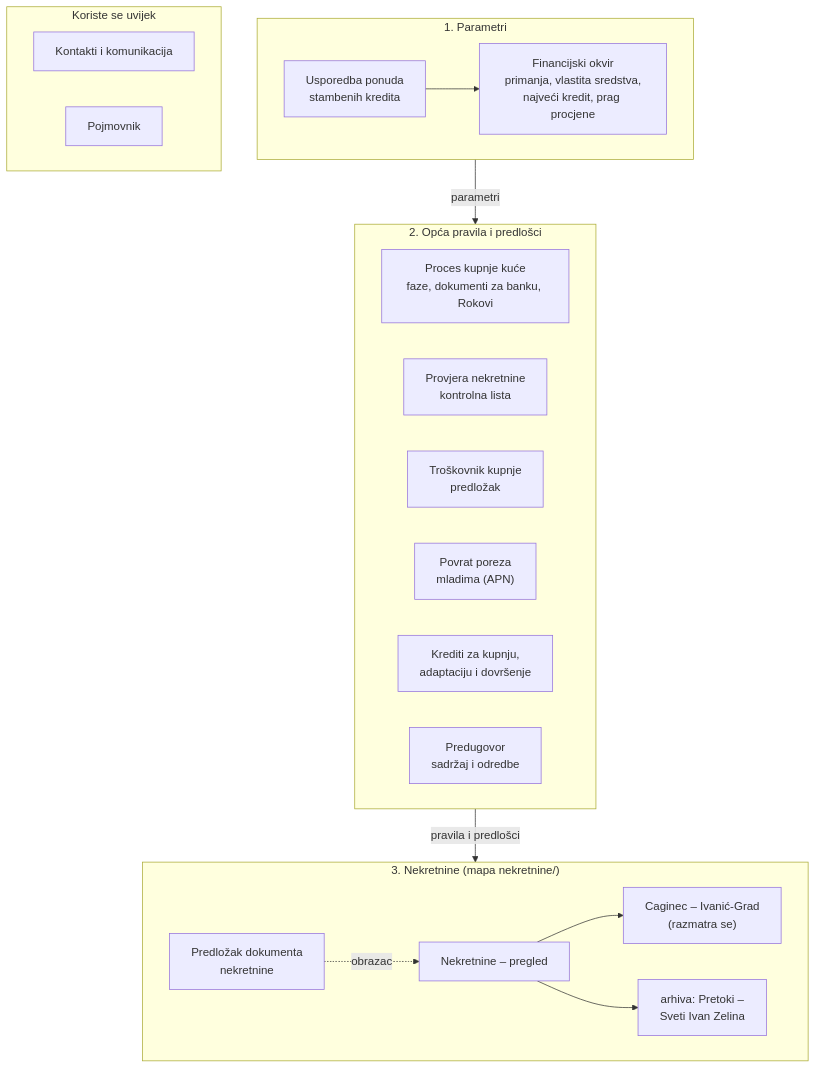
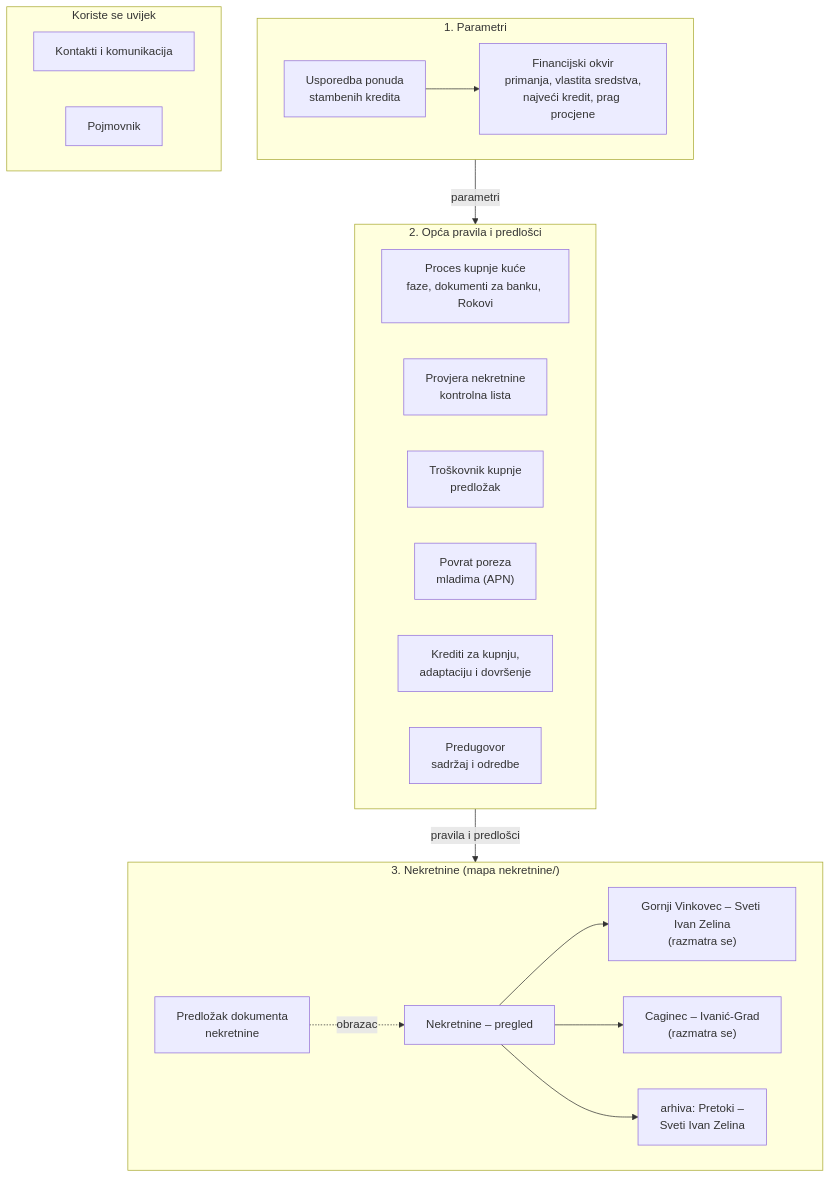
Before and after one commit to thomTHORNE/StambeniKredit: the first of 2 diagrams in README.md, drawn with Mermaid. The commit also changed other lines of this file and 5 other files, not shown here.

First line of the commit message:
Dodana kuća Gornji Vinkovec s izračunom budžeta za adaptaciju

````diff
--- a/README.md
+++ b/README.md
@@ -35,33 +36,34 @@
 ```mermaid
 flowchart TD
     subgraph R1["1. Parametri"]
         direction LR
         UP["Usporedba ponuda<br/>stambenih kredita"] --> FO["Financijski okvir<br/>primanja, vlastita sredstva,<br/>najveći kredit, prag procjene"]
     end
 
     subgraph R2["2. Opća pravila i predlošci"]
         direction LR
         PR["Proces kupnje kuće<br/>faze, dokumenti za banku, Rokovi"]
         KL["Provjera nekretnine<br/>kontrolna lista"]
         TP["Troškovnik kupnje<br/>predložak"]
         PP["Povrat poreza<br/>mladima (APN)"]
         KR["Krediti za kupnju,<br/>adaptaciju i dovršenje"]
         PD["Predugovor<br/>sadržaj i odredbe"]
     end
 
     subgraph R3["3. Nekretnine (mapa nekretnine/)"]
         direction LR
         PDN["Predložak dokumenta<br/>nekretnine"] -. "obrazac" .-> NP["Nekretnine – pregled"]
+        NP --> GV["Gornji Vinkovec – Sveti Ivan Zelina<br/>(razmatra se)"]
         NP --> CA["Caginec – Ivanić-Grad<br/>(razmatra se)"]
         NP --> PT["arhiva: Pretoki –<br/>Sveti Ivan Zelina"]
     end
 
     subgraph SVE["Koriste se uvijek"]
         direction LR
         KK["Kontakti i komunikacija"]
         PO["Pojmovnik"]
     end
 
     R1 -- "parametri" --> R2
     R2 -- "pravila i predlošci" --> R3
 ```
````
